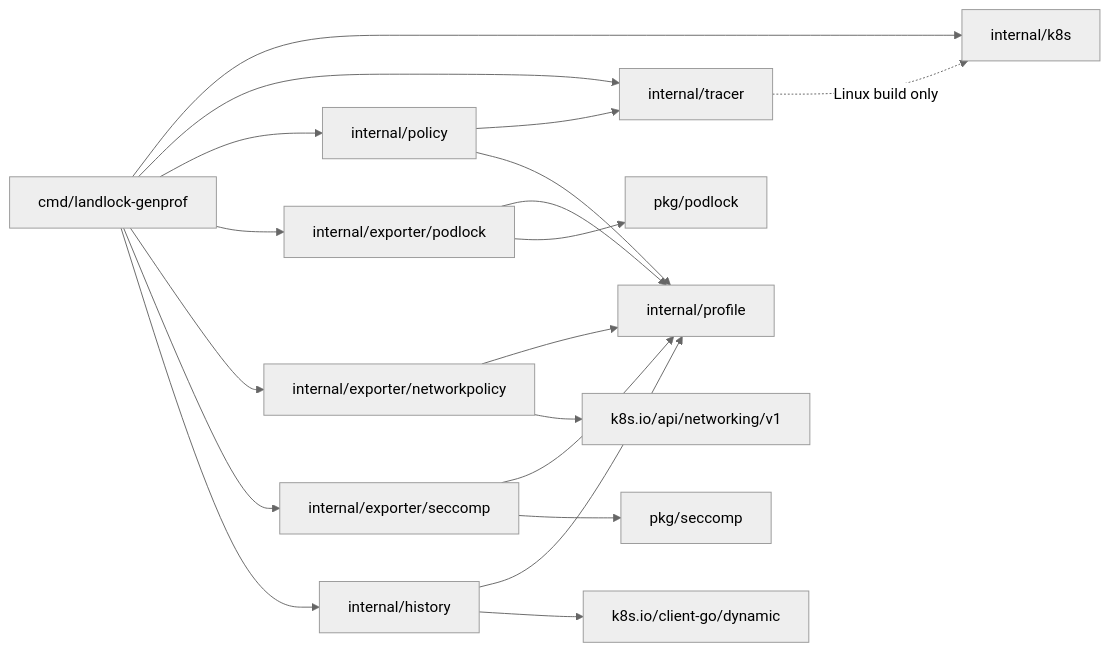
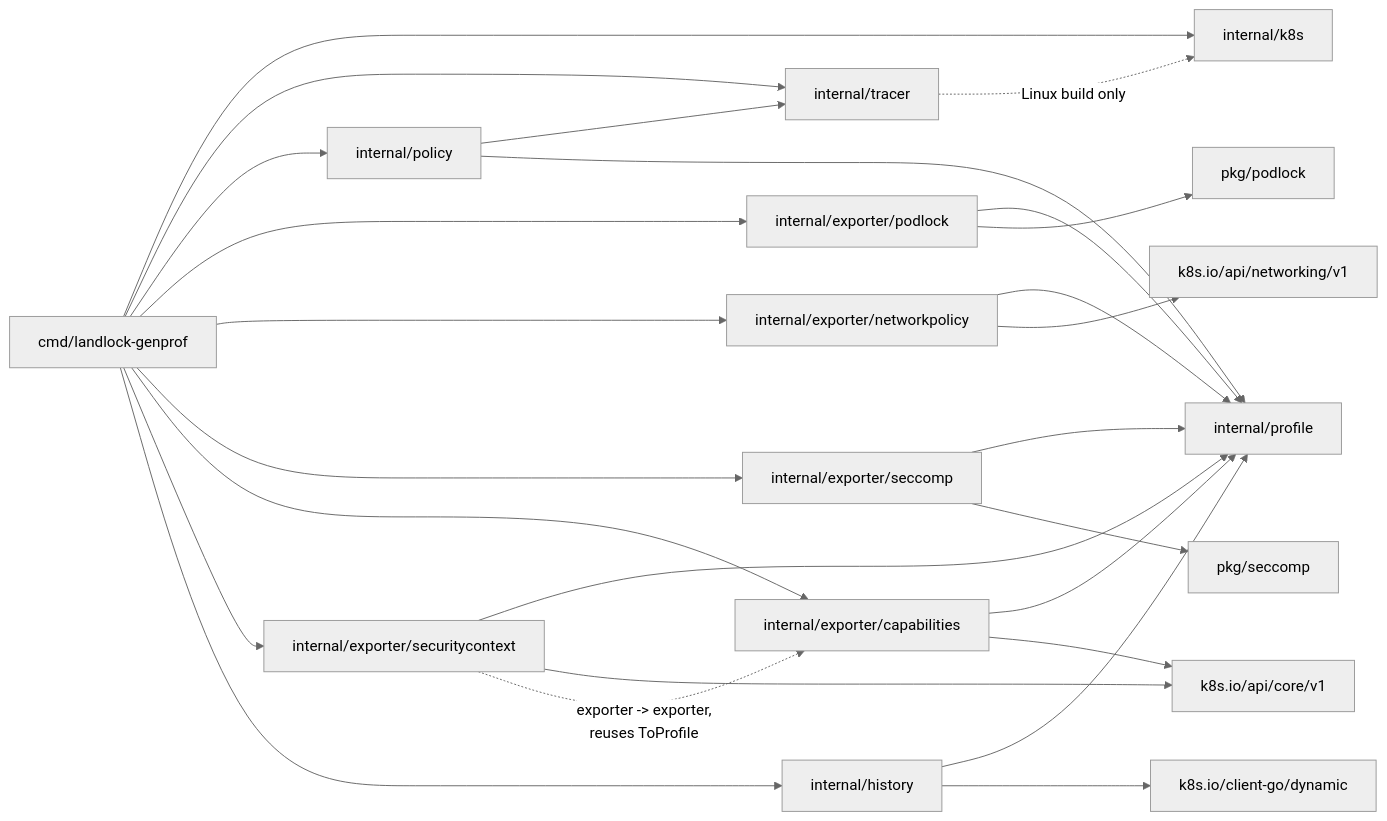
The third of 3 diagrams in docs/architecture.md (idriss-eliguene/landlock-genprof), drawn with Mermaid (neutral theme) before and after one commit. The commit also changed other lines of this file and 19 other files, not shown here.

````diff
--- a/docs/architecture.md
+++ b/docs/architecture.md
@@ -212,35 +262,45 @@
 ```mermaid
 flowchart LR
     cmd["cmd/landlock-genprof"]
     k8s["internal/k8s"]
     tracer["internal/tracer"]
     policy["internal/policy"]
     ir["internal/profile"]
     exporter["internal/exporter/podlock"]
     podlock["pkg/podlock"]
     netexporter["internal/exporter/networkpolicy"]
     netpolicyapi["k8s.io/api/networking/v1"]
     seccompexporter["internal/exporter/seccomp"]
     seccomppkg["pkg/seccomp"]
+    capexporter["internal/exporter/capabilities"]
+    corev1api["k8s.io/api/core/v1"]
+    scexporter["internal/exporter/securitycontext"]
     history["internal/history"]
     dynamicclient["k8s.io/client-go/dynamic"]
 
     cmd --> k8s
     cmd --> tracer
     cmd --> policy
     cmd --> exporter
     cmd --> netexporter
     cmd --> seccompexporter
+    cmd --> capexporter
+    cmd --> scexporter
     cmd --> history
     policy --> tracer
     policy --> ir
     exporter --> ir
     exporter --> podlock
     netexporter --> ir
     netexporter --> netpolicyapi
     seccompexporter --> ir
     seccompexporter --> seccomppkg
+    capexporter --> ir
+    capexporter --> corev1api
+    scexporter --> ir
+    scexporter --> corev1api
+    scexporter -. "exporter -> exporter,<br/>reuses ToProfile" .-> capexporter
     history --> ir
     history --> dynamicclient
     tracer -. "Linux build only" .-> k8s
 ```
````
